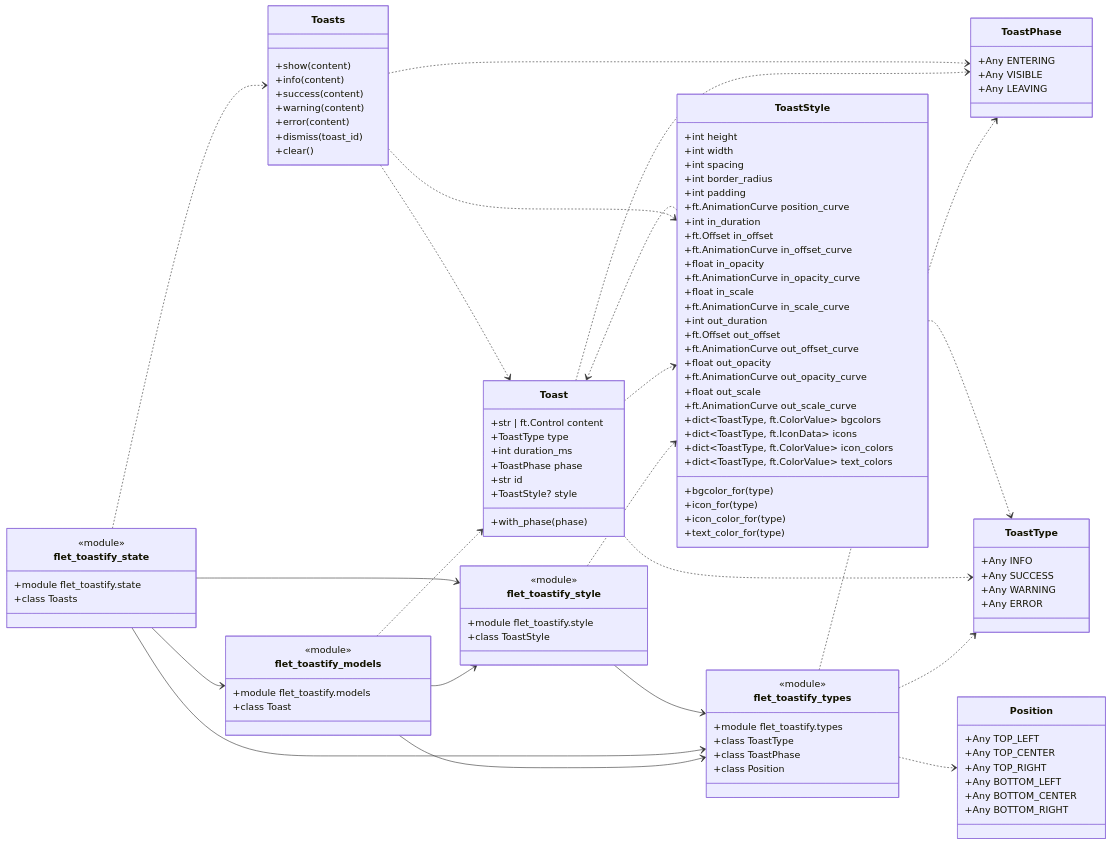
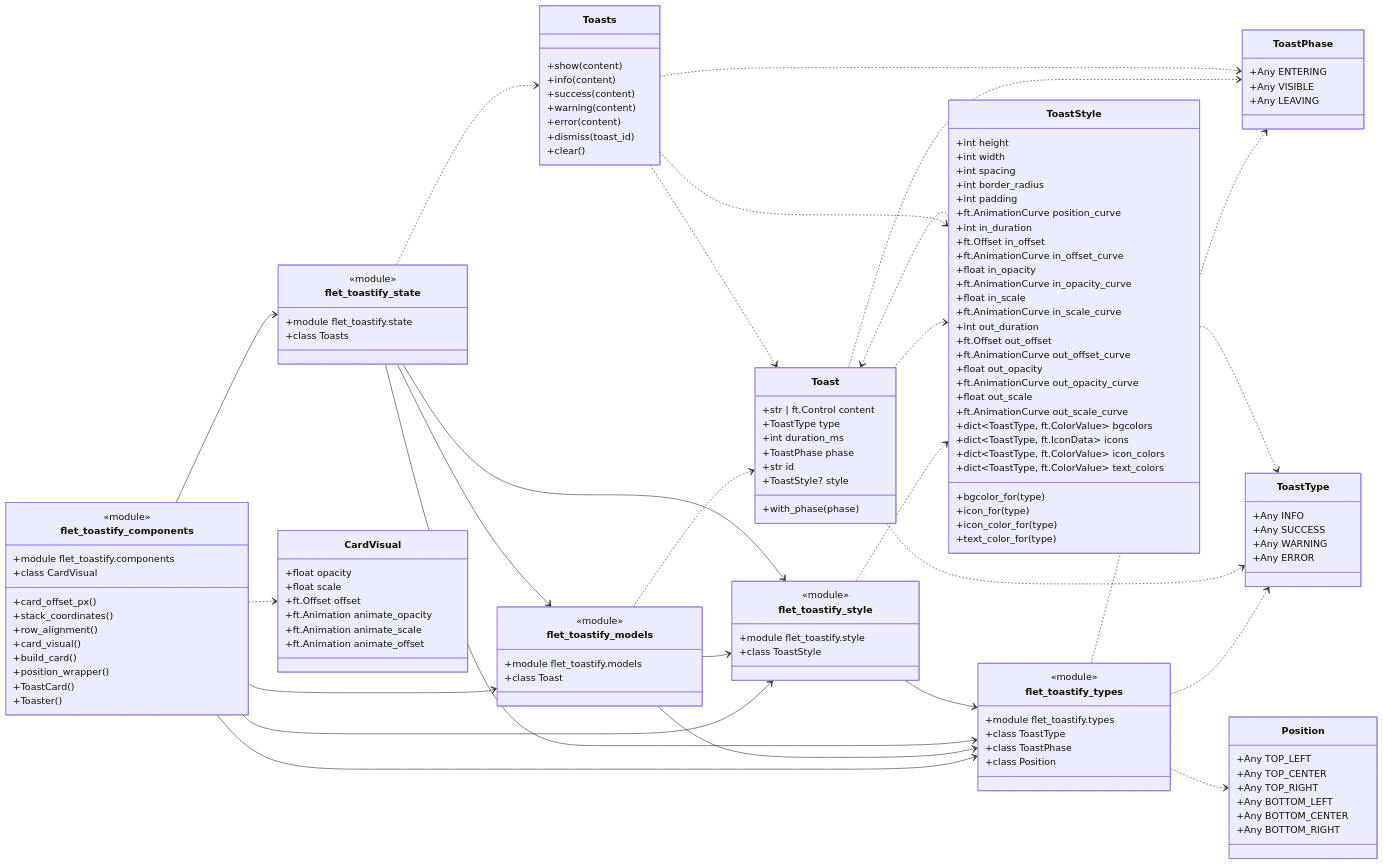
The diagram in docs/assets/diagrams/generated/hybrid.mmd (brunobrown/flet-toastify), drawn with Mermaid before and after one commit. The commit also changed 12 other files, not shown here.

Commit message:
feat: adiciona componentes declarativos ToastCard e Toaster

```diff
--- a/docs/assets/diagrams/generated/hybrid.mmd
+++ b/docs/assets/diagrams/generated/hybrid.mmd
@@ -1,123 +1,151 @@
 classDiagram
   direction LR
   %% flet-toastify generated architecture diagrams: hybrid modules and classes
+
+  class flet_toastify_components {
+    <<module>>
+    +module flet_toastify.components
+    +class CardVisual
+    +card_offset_px()
+    +stack_coordinates()
+    +row_alignment()
+    +card_visual()
+    +build_card()
+    +position_wrapper()
+    +ToastCard()
+    +Toaster()
+  }
 
   class flet_toastify_models {
     <<module>>
     +module flet_toastify.models
     +class Toast
   }
 
   class flet_toastify_state {
     <<module>>
     +module flet_toastify.state
     +class Toasts
   }
 
   class flet_toastify_style {
     <<module>>
     +module flet_toastify.style
     +class ToastStyle
   }
 
   class flet_toastify_types {
     <<module>>
     +module flet_toastify.types
     +class ToastType
     +class ToastPhase
     +class Position
+  }
+
+  class CardVisual {
+    +float opacity
+    +float scale
+    +ft.Offset offset
+    +ft.Animation animate_opacity
+    +ft.Animation animate_scale
+    +ft.Animation animate_offset
   }
 
   class Toast {
     +str | ft.Control content
     +ToastType type
     +int duration_ms
     +ToastPhase phase
     +str id
     +ToastStyle? style
     +with_phase(phase)
   }
 
   class Toasts {
     +show(content)
     +info(content)
     +success(content)
     +warning(content)
     +error(content)
     +dismiss(toast_id)
     +clear()
   }
 
   class ToastStyle {
     +int height
     +int width
     +int spacing
     +int border_radius
     +int padding
     +ft.AnimationCurve position_curve
     +int in_duration
     +ft.Offset in_offset
     +ft.AnimationCurve in_offset_curve
     +float in_opacity
     +ft.AnimationCurve in_opacity_curve
     +float in_scale
     +ft.AnimationCurve in_scale_curve
     +int out_duration
     +ft.Offset out_offset
     +ft.AnimationCurve out_offset_curve
     +float out_opacity
     +ft.AnimationCurve out_opacity_curve
     +float out_scale
     +ft.AnimationCurve out_scale_curve
     +dict~ToastType, ft.ColorValue~ bgcolors
     +dict~ToastType, ft.IconData~ icons
     +dict~ToastType, ft.ColorValue~ icon_colors
     +dict~ToastType, ft.ColorValue~ text_colors
     +bgcolor_for(type)
     +icon_for(type)
     +icon_color_for(type)
     +text_color_for(type)
   }
 
   class Position {
     +Any TOP_LEFT
     +Any TOP_CENTER
     +Any TOP_RIGHT
     +Any BOTTOM_LEFT
     +Any BOTTOM_CENTER
     +Any BOTTOM_RIGHT
   }
 
   class ToastPhase {
     +Any ENTERING
     +Any VISIBLE
     +Any LEAVING
   }
 
   class ToastType {
     +Any INFO
     +Any SUCCESS
     +Any WARNING
     +Any ERROR
   }
 
+  flet_toastify_components ..> CardVisual
   flet_toastify_models ..> Toast
   flet_toastify_state ..> Toasts
   flet_toastify_style ..> ToastStyle
   flet_toastify_types ..> Position
   flet_toastify_types ..> ToastPhase
   flet_toastify_types ..> ToastType
   Toast ..> ToastPhase
   Toast ..> ToastStyle
   Toast ..> ToastType
   Toasts ..> Toast
   Toasts ..> ToastPhase
   Toasts ..> ToastStyle
   ToastStyle ..> Toast
   ToastStyle ..> ToastType
+  flet_toastify_components --> flet_toastify_models
+  flet_toastify_components --> flet_toastify_state
+  flet_toastify_components --> flet_toastify_style
+  flet_toastify_components --> flet_toastify_types
   flet_toastify_models --> flet_toastify_style
   flet_toastify_models --> flet_toastify_types
   flet_toastify_state --> flet_toastify_models
   flet_toastify_state --> flet_toastify_style
   flet_toastify_state --> flet_toastify_types
   flet_toastify_style --> flet_toastify_types
```
